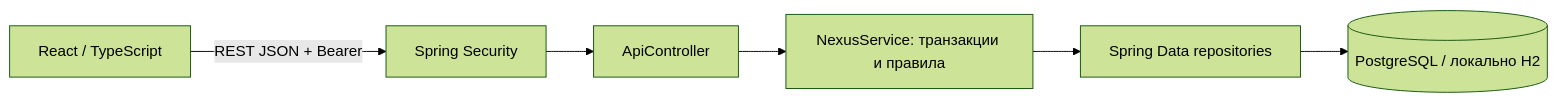
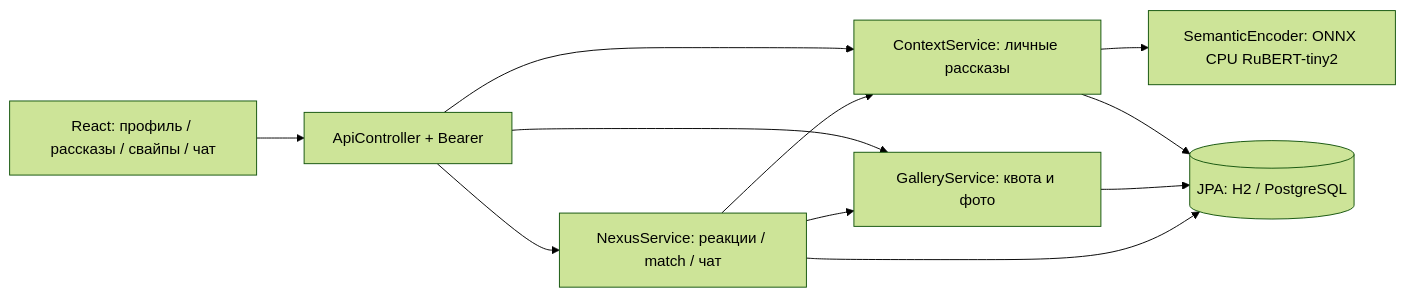
Before and after one commit to SMART-DATING/nexus-docs: the diagram in architecture/system-architecture.md, drawn with Mermaid (forest theme). The commit also changed other lines of this file and 16 other files, not shown here.

````diff
--- a/architecture/system-architecture.md
+++ b/architecture/system-architecture.md
@@ -3,8 +5,13 @@
 ```mermaid
 flowchart LR
-  Browser[React / TypeScript] -->|REST JSON + Bearer| Security[Spring Security]
-  Security --> Controller[ApiController]
-  Controller --> Service[NexusService: транзакции и правила]
-  Service --> Repository[Spring Data repositories]
-  Repository --> DB[(PostgreSQL / локально H2)]
+ UI[React: профиль / рассказы / свайпы / чат] --> API[ApiController + Bearer]
+ API --> NS[NexusService: реакции / match / чат]
+ API --> CS[ContextService: личные рассказы]
+ API --> GS[GalleryService: квота и фото]
+ CS --> ML[SemanticEncoder: ONNX CPU RuBERT-tiny2]
+ CS --> DB[(JPA: H2 / PostgreSQL)]
+ GS --> DB
+ NS --> CS
+ NS --> GS
+ NS --> DB
 ```
````
